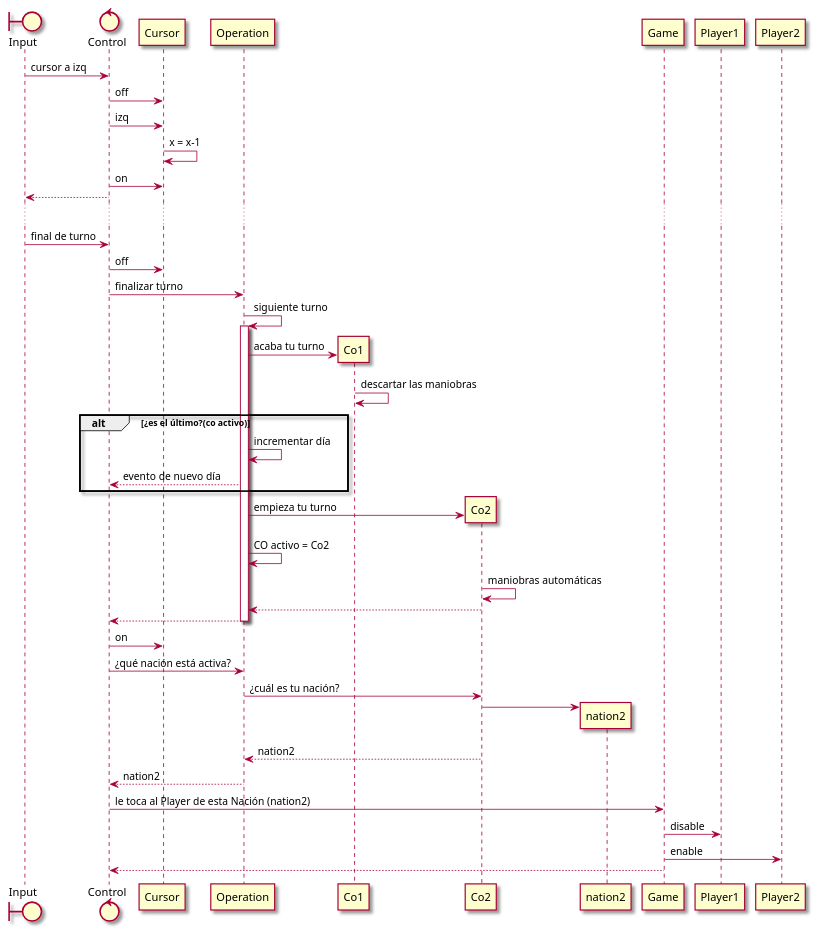
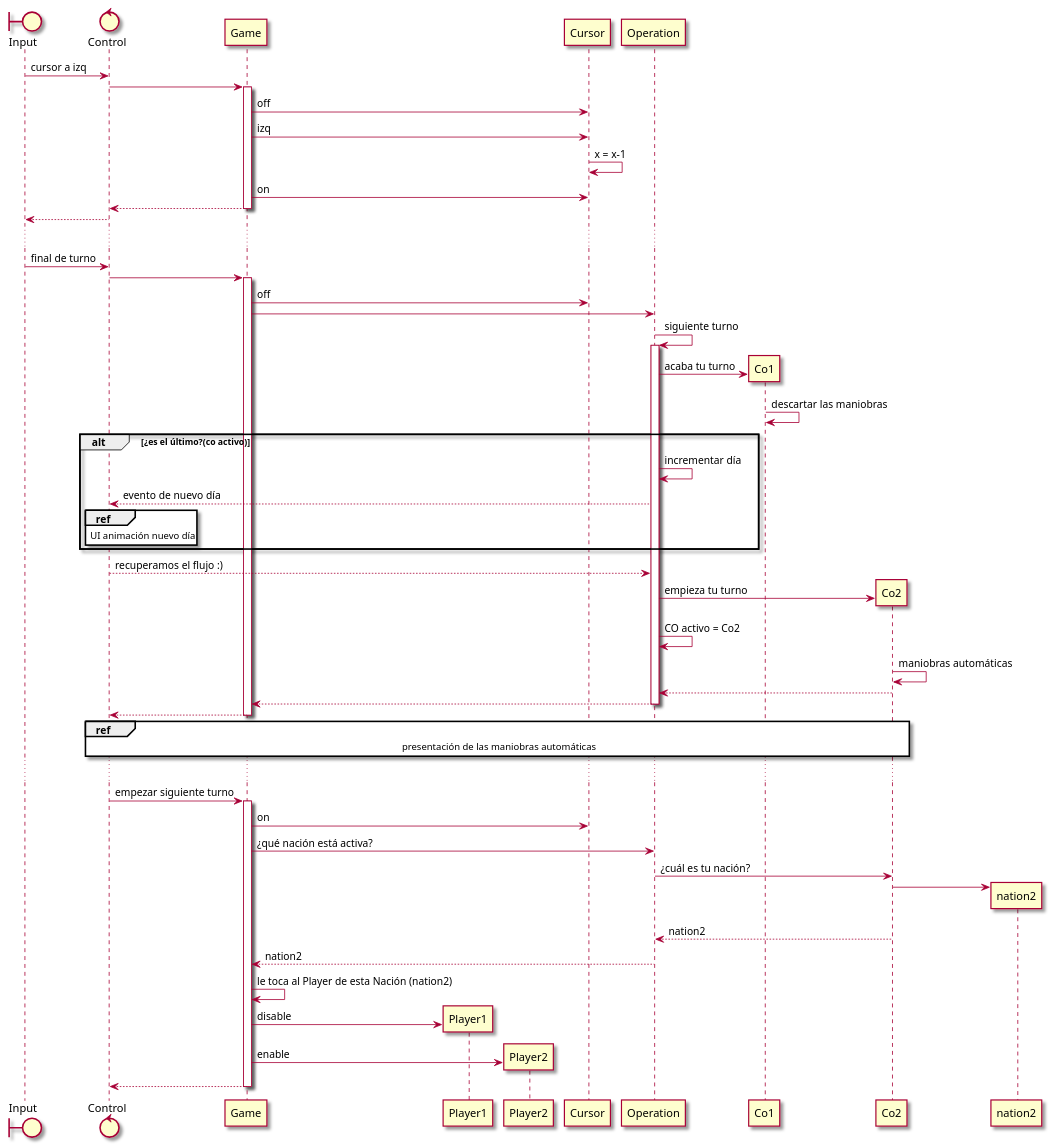
One commit to RicardoGuzmanVelasco/AdvanceWars changed the diagram in Assets/AdvanceWars/Documentation~/OperationPlusGame.puml. Above: the diagram before and after it, drawn with PlantUML. The commit also changed 2 other files, not shown here.

Commit message:
docs: update OperationPlusGame diagram
Primera propuesta cerrada.

```diff
--- a/Assets/AdvanceWars/Documentation~/OperationPlusGame.puml
+++ b/Assets/AdvanceWars/Documentation~/OperationPlusGame.puml
@@ -1,51 +1,71 @@
 @startuml
 skin rose
 
 boundary Input
 control Control 
 
 Input -> Control : cursor a izq
-Control -> Cursor : off
-Control -> Cursor : izq
+Control -> Game
+
+activate Game
+participant Player1
+participant Player2
+
+Game -> Cursor : off
+Game -> Cursor : izq
 Cursor -> Cursor : x = x-1
-Control -> Cursor : on
+Game -> Cursor : on
+return
+
 Control --> Input
 
 ...
 
 Input -> Control : final de turno
-Control -> Cursor : off
-Control -> Operation : finalizar turno
+Control -> Game
+activate Game
+Game -> Cursor : off
+Game -> Operation
 
 Operation -> Operation : siguiente turno
 activate Operation
 create Co1
 Operation -> Co1 : acaba tu turno
 Co1 -> Co1 : descartar las maniobras
 
 alt ¿es el último?(co activo)
 Operation -> Operation : incrementar día
 Operation --> Control : evento de nuevo día
-'ref UI animación nuevo día
- 
+ref over Control : UI animación nuevo día
 end
+
+Control --> Operation : recuperamos el flujo :)
 create Co2
 Operation -> Co2 : empieza tu turno 
 Operation -> Operation : CO activo = Co2
 Co2 -> Co2 : maniobras automáticas 
 
 Co2 --> Operation
-Operation --> Control
+Operation --> Game
 deactivate Operation
-Control -> Cursor : on
-Control -> Operation : ¿qué nación está activa?
+return
+ref over Control, Co2 : presentación de las maniobras automáticas
+
+...
+
+Control -> Game : empezar siguiente turno
+activate Game
+Game -> Cursor : on
+Game -> Operation : ¿qué nación está activa?
 Operation -> Co2 : ¿cuál es tu nación?
 create nation2
 Co2 -> nation2
 Co2 --> Operation : nation2
-Operation --> Control : nation2
-Control -> Game : le toca al Player de esta Nación (nation2)
+Operation --> Game : nation2
+Game -> Game : le toca al Player de esta Nación (nation2)
+create Player1
 Game -> Player1 : disable
+create Player2
 Game -> Player2 : enable
-Game --> Control
+return
 @enduml
```
